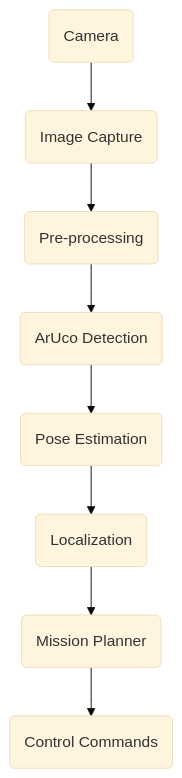
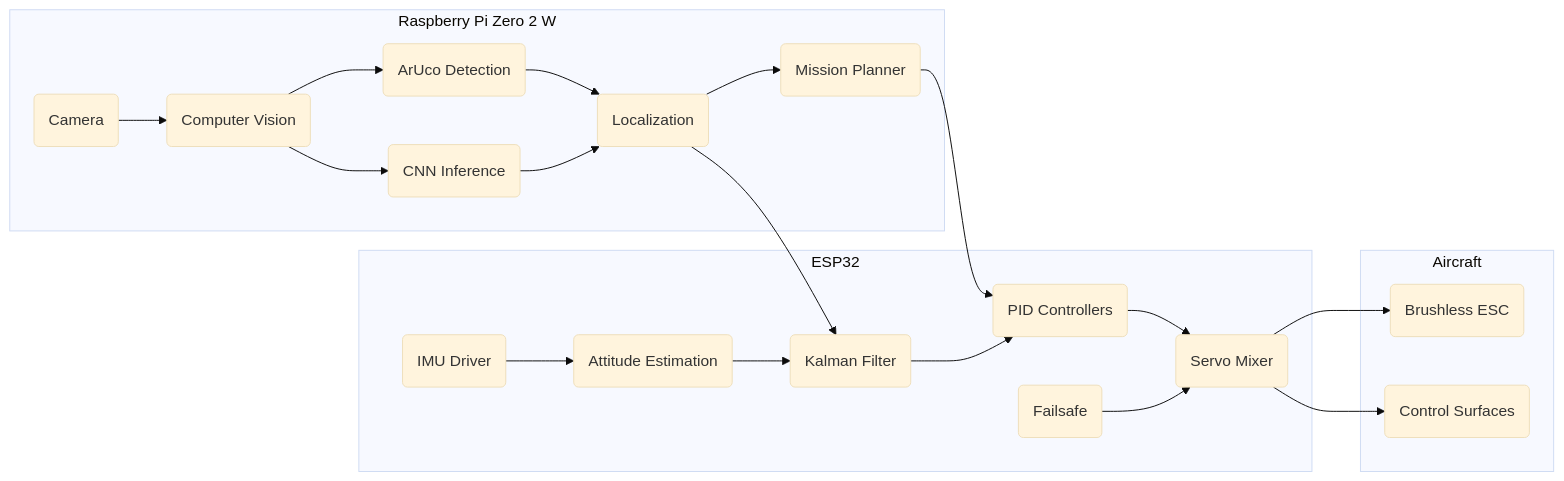
One commit to Sts-simon/Ardu-Citron changed the third of 3 diagrams in README.md. Above: the diagram before and after it, drawn with Mermaid (base theme). The commit also changed other lines of this file, not shown here.

````diff
--- a/README.md
+++ b/README.md
@@ -764,33 +656,73 @@
 ```mermaid
-flowchart TD
+flowchart LR
+
+subgraph RaspberryPi["Raspberry Pi Zero 2 W"]
 
 CAM(Camera)
 
-FRAME(Image Capture)
-
-PRE(Pre-processing)
+CV(Computer Vision)
 
 ARUCO(ArUco Detection)
-
-POSE(Pose Estimation)
 
 LOCAL(Localization)
 
 MISSION(Mission Planner)
 
-COMMAND(Control Commands)
+CNN(CNN Inference)
 
-CAM --> FRAME
+end
 
-FRAME --> PRE
+subgraph ESP32["ESP32"]
 
-PRE --> ARUCO
+IMU(IMU Driver)
 
-ARUCO --> POSE
+ATT(Attitude Estimation)
 
-POSE --> LOCAL
+KALMAN(Kalman Filter)
+
+PID(PID Controllers)
+
+MIXER(Servo Mixer)
+
+FAILSAFE(Failsafe)
+
+end
+
+subgraph Aircraft
+
+ESC(Brushless ESC)
+
+SERVOS(Control Surfaces)
+
+end
+
+CAM --> CV
+
+CV --> ARUCO
+
+CV --> CNN
+
+ARUCO --> LOCAL
+
+CNN --> LOCAL
 
 LOCAL --> MISSION
 
-MISSION --> COMMAND
+MISSION --> PID
+
+IMU --> ATT
+
+ATT --> KALMAN
+
+LOCAL --> KALMAN
+
+KALMAN --> PID
+
+PID --> MIXER
+
+FAILSAFE --> MIXER
+
+MIXER --> ESC
+
+MIXER --> SERVOS
 ```
````
